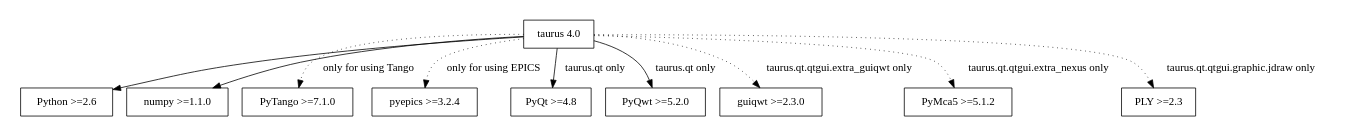
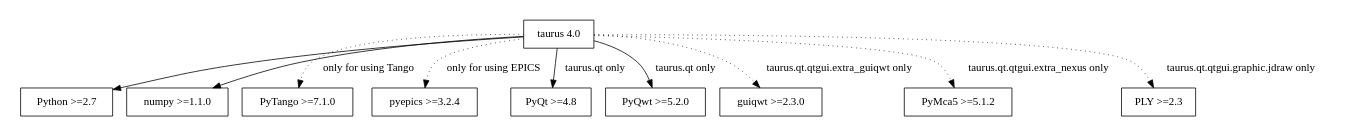
The diagram in doc/source/users/getting_started.rst (taurus-org/taurus), drawn with Graphviz before and after one commit.

```diff
--- a/doc/source/users/getting_started.rst
+++ b/doc/source/users/getting_started.rst
@@ -107,25 +107,25 @@
 .. graphviz::
 
     digraph dependencies {
         size="8,3";
         Taurus      [shape=box,label="taurus 4.0"];
-        Python      [shape=box,label="Python >=2.6"];
+        Python      [shape=box,label="Python >=2.7"];
         numpy       [shape=box,label="numpy >=1.1.0"];
         PyTango     [shape=box,label="PyTango >=7.1.0"];
         pyepics     [shape=box,label="pyepics >=3.2.4"];
         PyQt        [shape=box,label="PyQt >=4.8"];
         PyQwt       [shape=box,label="PyQwt >=5.2.0"];
         guiqwt      [shape=box,label="guiqwt >=2.3.0"];
         PyMca5      [shape=box,label="PyMca5 >=5.1.2"];
         ply         [shape=box,label="PLY >=2.3"];
 
         Taurus -> Python;
         Taurus -> numpy;
         Taurus -> PyTango      [style=dotted, label="only for using Tango"];
         Taurus -> pyepics      [style=dotted, label="only for using EPICS"];
         Taurus -> PyQt         [label="taurus.qt only"];
         Taurus -> PyQwt        [label="taurus.qt only"];
         Taurus -> guiqwt       [style=dotted, label="taurus.qt.qtgui.extra_guiqwt only"];
         Taurus -> PyMca5       [style=dotted, label="taurus.qt.qtgui.extra_nexus only"];
         Taurus -> ply          [style=dotted, label="taurus.qt.qtgui.graphic.jdraw only"];
     }
```
